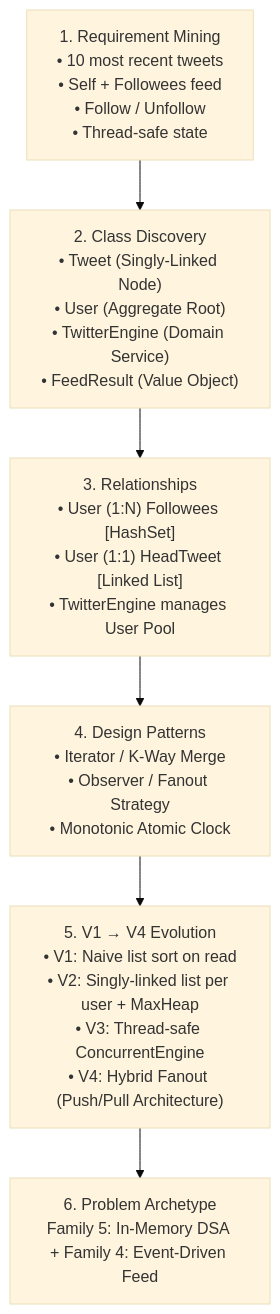
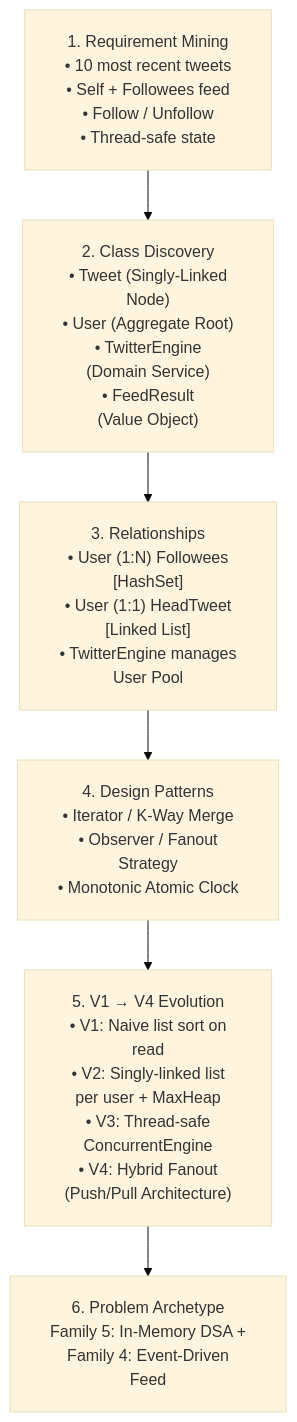
Before and after one commit to dip4k/DSA_102: the first of 3 diagrams in LLD/03_Tier3_DSA_Screening/30_Social_Media_Feed_Twitter.md, drawn with Mermaid (base theme). The commit also changed other lines of this file and 108 other files, not shown here.

First line of the commit message:
fix(mermaid): resolve diagram clipping, padding, and syntax issues across repo

````diff
--- a/LLD/03_Tier3_DSA_Screening/30_Social_Media_Feed_Twitter.md
+++ b/LLD/03_Tier3_DSA_Screening/30_Social_Media_Feed_Twitter.md
@@ -23,8 +23,9 @@
 ```mermaid
+%%{init: {"flowchart": {"htmlLabels": true, "padding": 20}}}%%
 flowchart TD
-    A["1. Requirement Mining<br/>• 10 most recent tweets<br/>• Self + Followees feed<br/>• Follow / Unfollow<br/>• Thread-safe state"] --> B["2. Class Discovery<br/>• Tweet (Singly-Linked Node)<br/>• User (Aggregate Root)<br/>• TwitterEngine (Domain Service)<br/>• FeedResult (Value Object)"]
-    B --> C["3. Relationships<br/>• User (1:N) Followees [HashSet]<br/>• User (1:1) HeadTweet [Linked List]<br/>• TwitterEngine manages User Pool"]
-    C --> D["4. Design Patterns<br/>• Iterator / K-Way Merge<br/>• Observer / Fanout Strategy<br/>• Monotonic Atomic Clock"]
-    D --> E["5. V1 → V4 Evolution<br/>• V1: Naive list sort on read<br/>• V2: Singly-linked list per user + MaxHeap<br/>• V3: Thread-safe ConcurrentEngine<br/>• V4: Hybrid Fanout (Push/Pull Architecture)"]
-    E --> F["6. Problem Archetype<br/>Family 5: In-Memory DSA + Family 4: Event-Driven Feed"]
+    A["1. Requirement Mining<br/>• 10 most recent tweets<br/>• Self + Followees feed<br/>• Follow / Unfollow<br/>• Thread-safe state"] --> B["2. Class Discovery<br/>• Tweet (Singly-Linked<br/>Node)<br/>• User (Aggregate Root)<br/>• TwitterEngine<br/>(Domain Service)<br/>• FeedResult<br/>(Value Object)"]
+    B --> C["3. Relationships<br/>• User (1:N) Followees<br/>[HashSet]<br/>• User (1:1) HeadTweet<br/>[Linked List]<br/>• TwitterEngine manages<br/>User Pool"]
+    C --> D["4. Design Patterns<br/>• Iterator / K-Way Merge<br/>• Observer / Fanout<br/>Strategy<br/>• Monotonic Atomic Clock"]
+    D --> E["5. V1 → V4 Evolution<br/>• V1: Naive list sort on<br/>read<br/>• V2: Singly-linked list<br/>per user + MaxHeap<br/>• V3: Thread-safe<br/>ConcurrentEngine<br/>• V4: Hybrid Fanout<br/>(Push/Pull Architecture)"]
+    E --> F["6. Problem Archetype<br/>Family 5: In-Memory DSA +<br/>Family 4: Event-Driven<br/>Feed"]
 ```
````
